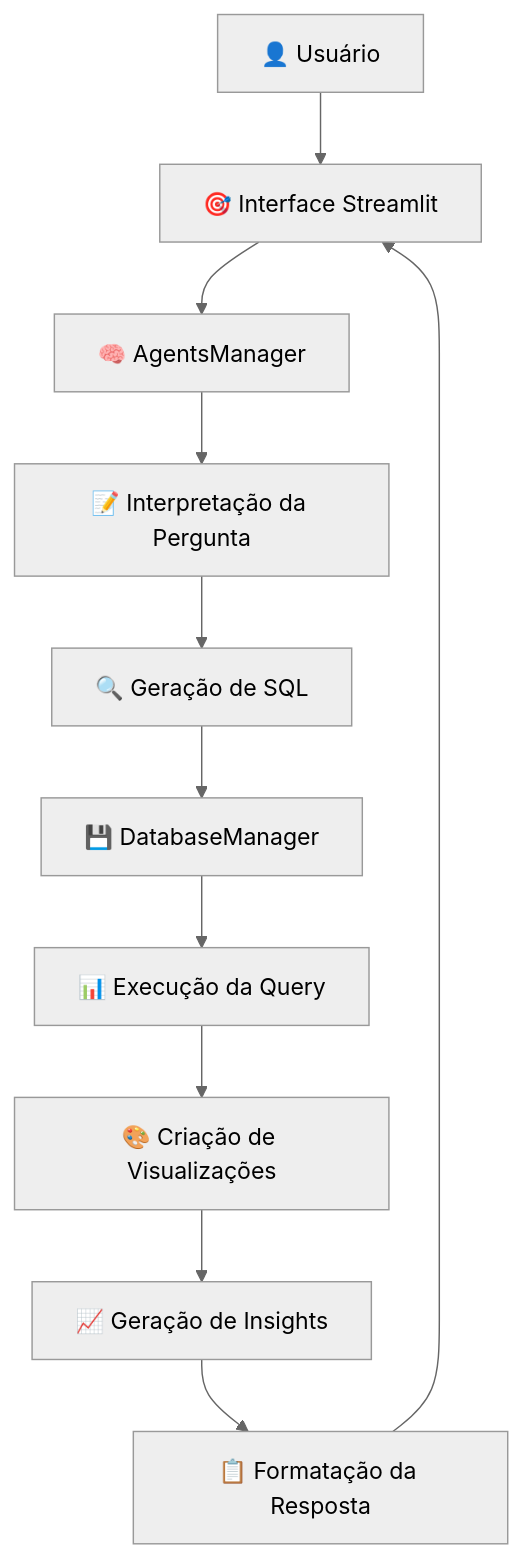
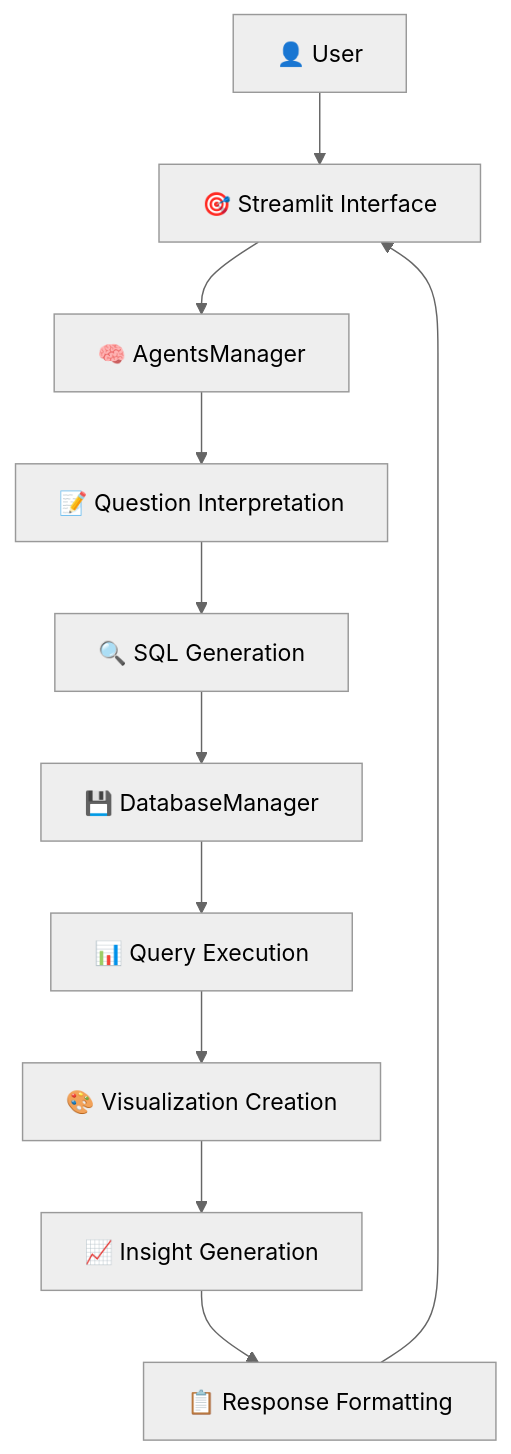
One commit to Filip3Owl/data-analysis-ai changed the diagram in README.md. Above: the diagram before and after it, drawn with Mermaid (neutral theme). The commit also changed other lines of this file, not shown here.

````diff
--- a/README.md
+++ b/README.md
@@ -18,13 +22,13 @@
 ```mermaid
 graph TD
-    A[👤 Usuário] --> B[🎯 Interface Streamlit]
+    A[👤 User] --> B[🎯 Streamlit Interface]
     B --> C[🧠 AgentsManager]
-    C --> D[📝 Interpretação da Pergunta]
-    D --> E[🔍 Geração de SQL]
+    C --> D[📝 Question Interpretation]
+    D --> E[🔍 SQL Generation]
     E --> F[💾 DatabaseManager]
-    F --> G[📊 Execução da Query]
-    G --> H[🎨 Criação de Visualizações]
-    H --> I[📈 Geração de Insights]
-    I --> J[📋 Formatação da Resposta]
+    F --> G[📊 Query Execution]
+    G --> H[🎨 Visualization Creation]
+    H --> I[📈 Insight Generation]
+    I --> J[📋 Response Formatting]
     J --> B
 ```
````
